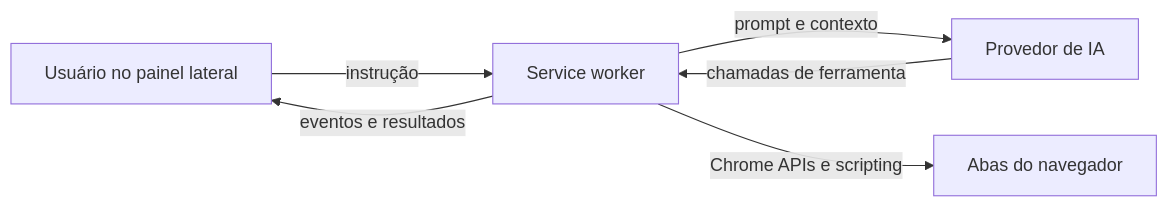
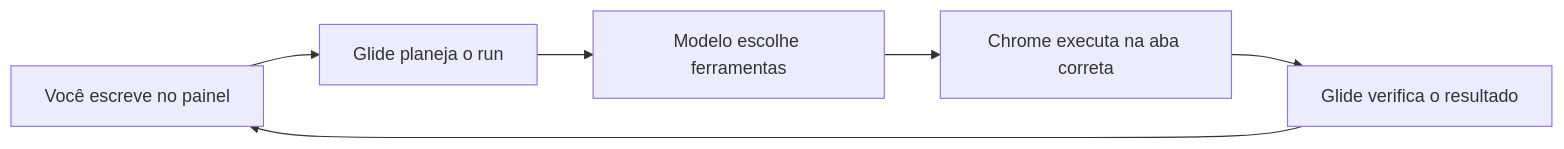
Before and after one commit to Emansecio/Glide: the diagram in README.md, drawn with Mermaid. The commit also changed other lines of this file, not shown here.

````diff
--- a/README.md
+++ b/README.md
@@ -36,8 +112,8 @@
 ```mermaid
 flowchart LR
-  U[Usuário no painel lateral] -->|instrução| S[Service worker]
-  S -->|prompt e contexto| M[Provedor de IA]
-  M -->|chamadas de ferramenta| S
-  S -->|Chrome APIs e scripting| T[Abas do navegador]
-  S -->|eventos e resultados| U
+  U[Você escreve no painel] --> S[Glide planeja o run]
+  S --> M[Modelo escolhe ferramentas]
+  M --> B[Chrome executa na aba correta]
+  B --> V[Glide verifica o resultado]
+  V --> U
 ```
````
